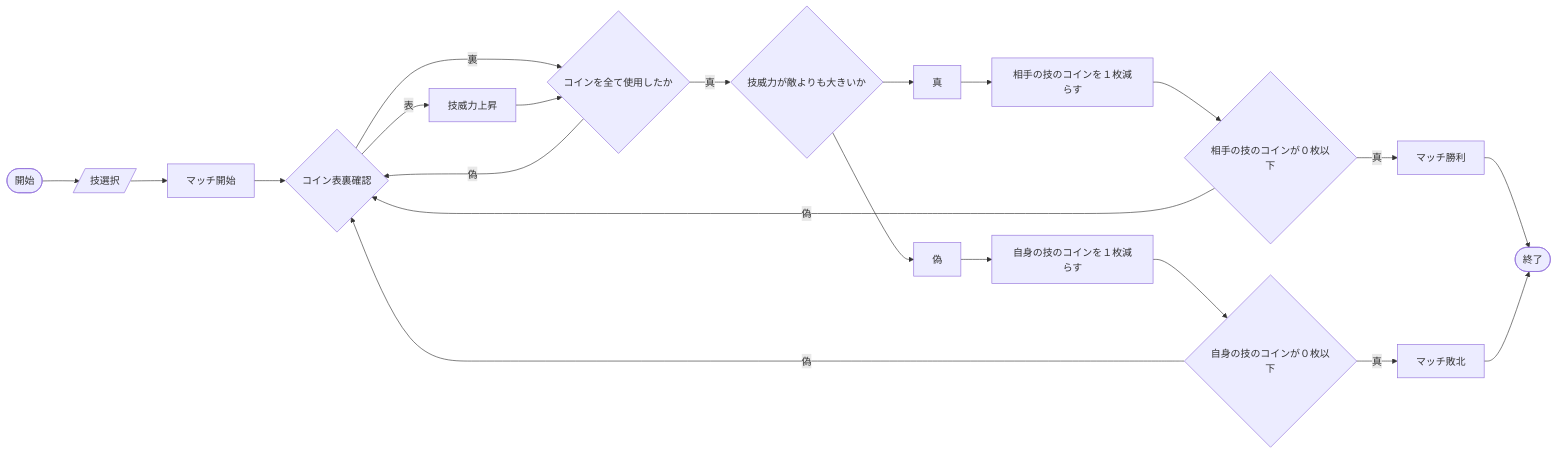
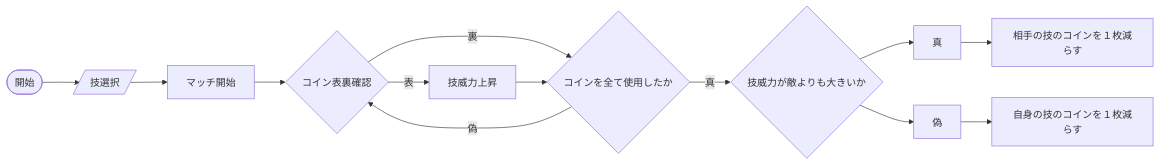
Before and after one commit to tpu-game-2023/mermaid_test: the first of 3 diagrams in README.md, drawn with Mermaid.

Commit message:
見取り図I確認

````diff
--- a/README.md
+++ b/README.md
@@ -20,22 +20,15 @@
 ```mermaid
 flowchart LR;
    A([開始]) --> B[/技選択/];
    B --> C[マッチ開始];
    C --> D{コイン表裏確認};
    D --表-->E[技威力上昇];
    D --裏--> F{コインを全て使用したか};
    E-->F;
    F--真-->G{技威力が敵よりも大きいか};
    F--偽-->D;
    G-->真-->H[相手の技のコインを１枚減らす];
    G-->偽-->I[自身の技のコインを１枚減らす];
-   H-->J{相手の技のコインが０枚以下};
-   I-->K{自身の技のコインが０枚以下};
-   J--真-->L[マッチ勝利];
-   J--偽-->D;
-   K--真-->M[マッチ敗北];
-   K--偽-->D;
-   L-->N([終了]);
-   M-->N;
+   
    
 ```
````
